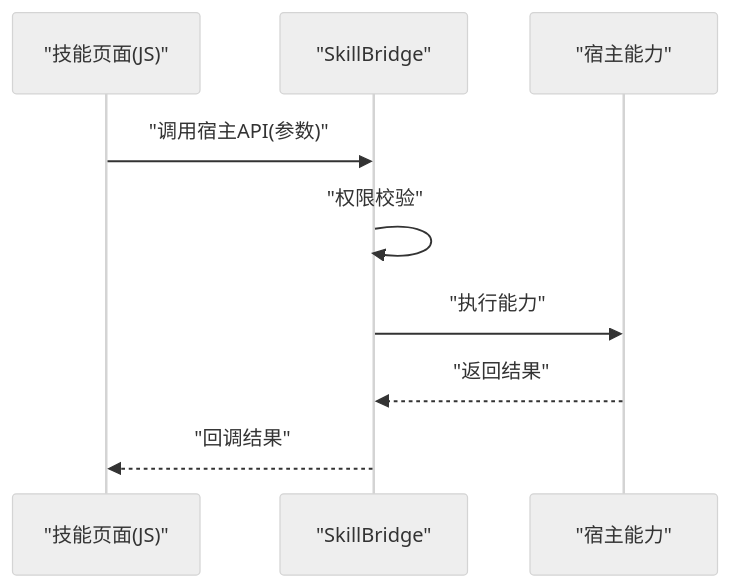
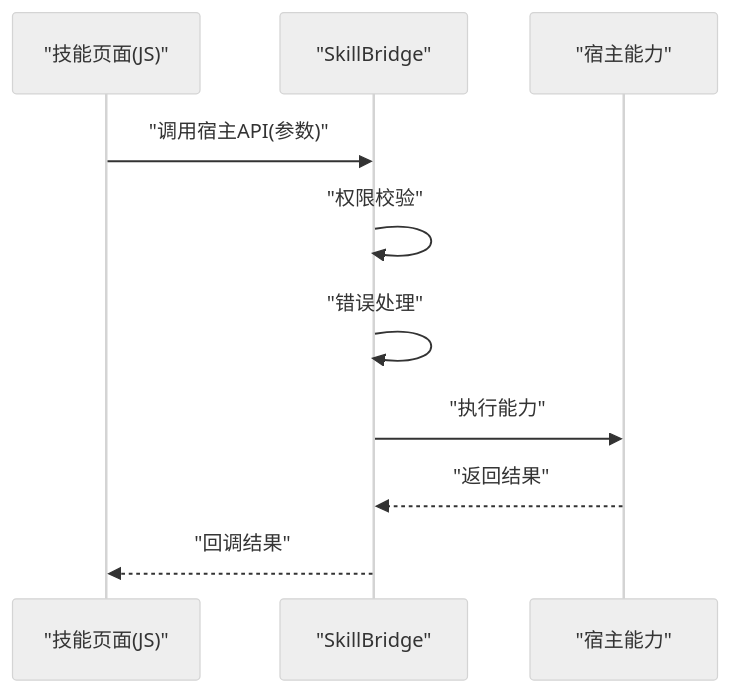
Before and after one commit to qiaodashaoye/ziyou-ime: the fifth of 7 diagrams in .qoder/repowiki/zh/content/架构设计/技能插件系统/技能插件系统.md, drawn with Mermaid (neutral theme). The commit also changed other lines of this file and 7 other files, not shown here.

````diff
--- a/.qoder/repowiki/zh/content/架构设计/技能插件系统/技能插件系统.md
+++ b/.qoder/repowiki/zh/content/架构设计/技能插件系统/技能插件系统.md
@@ -276,11 +262,12 @@
 ```mermaid
 sequenceDiagram
 participant JS as "技能页面(JS)"
 participant Bridge as "SkillBridge"
 participant Host as "宿主能力"
 JS->>Bridge : "调用宿主API(参数)"
 Bridge->>Bridge : "权限校验"
+Bridge->>Bridge : "错误处理"
 Bridge->>Host : "执行能力"
 Host-->>Bridge : "返回结果"
 Bridge-->>JS : "回调结果"
 ```
````
